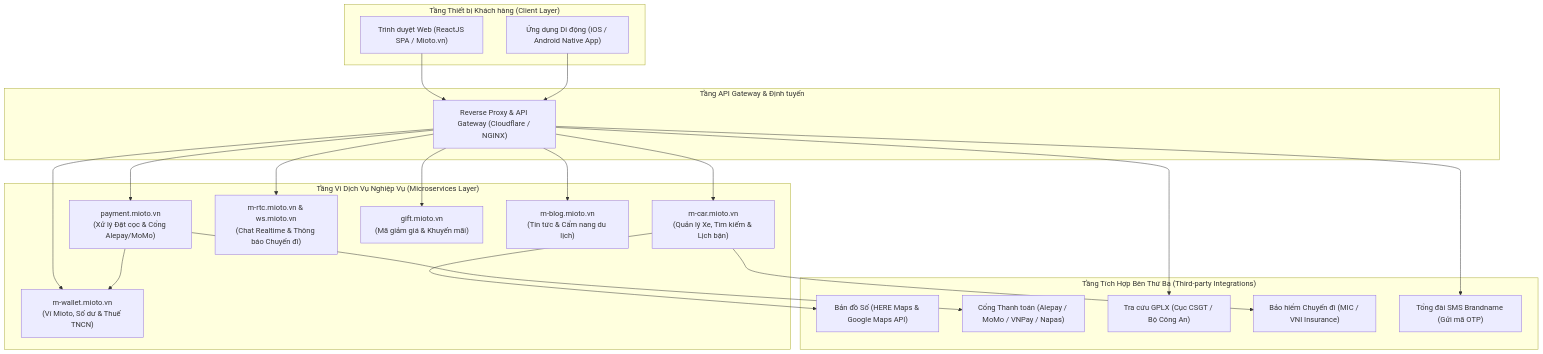
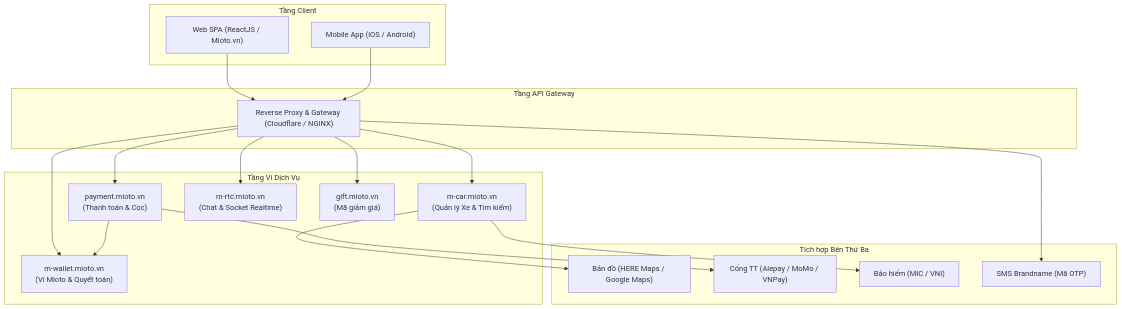
Before and after one commit to PhamQuang138/DGKTPM: the first of 4 diagrams in README.md, drawn with Mermaid. The commit also changed other lines of this file, not shown here.

````diff
--- a/README.md
+++ b/README.md
@@ -168,44 +80,32 @@
 ```mermaid
 graph TD
-    subgraph Clients["Tầng Thiết bị Khách hàng (Client Layer)"]
-        Web["Trình duyệt Web (ReactJS SPA / Mioto.vn)"]
-        MobileApp["Ứng dụng Di động (iOS / Android Native App)"]
+    subgraph Clients["Tầng Client"]
+        Web["Web SPA (ReactJS / Mioto.vn)"]
+        Mobile["Mobile App (iOS / Android)"]
     end
 
-    subgraph Gateway["Tầng API Gateway & Định tuyến"]
-        APIGW["Reverse Proxy & API Gateway (Cloudflare / NGINX)"]
+    subgraph Gateway["Tầng API Gateway"]
+        APIGW["Reverse Proxy & Gateway (Cloudflare / NGINX)"]
     end
 
-    subgraph Microservices["Tầng Vi Dịch Vụ Nghiệp Vụ (Microservices Layer)"]
-        S_Car["m-car.mioto.vn<br/>(Quản lý Xe, Tìm kiếm & Lịch bận)"]
-        S_Wallet["m-wallet.mioto.vn<br/>(Ví Mioto, Số dư & Thuế TNCN)"]
-        S_Payment["payment.mioto.vn<br/>(Xử lý Đặt cọc & Cổng Alepay/MoMo)"]
-        S_RTC["m-rtc.mioto.vn & ws.mioto.vn<br/>(Chat Realtime & Thông báo Chuyến đi)"]
-        S_Gift["gift.mioto.vn<br/>(Mã giảm giá & Khuyến mãi)"]
-        S_Blog["m-blog.mioto.vn<br/>(Tin tức & Cẩm nang du lịch)"]
+    subgraph Services["Tầng Vi Dịch Vụ"]
+        S_Car["m-car.mioto.vn<br/>(Quản lý Xe & Tìm kiếm)"]
+        S_Wallet["m-wallet.mioto.vn<br/>(Ví Mioto & Quyết toán)"]
+        S_Payment["payment.mioto.vn<br/>(Thanh toán & Cọc)"]
+        S_RTC["m-rtc.mioto.vn<br/>(Chat & Socket Realtime)"]
+        S_Gift["gift.mioto.vn<br/>(Mã giảm giá)"]
     end
 
-    subgraph Integrations["Tầng Tích Hợp Bên Thứ Ba (Third-party Integrations)"]
-        Maps["Bản đồ Số (HERE Maps & Google Maps API)"]
-        PayGate["Cổng Thanh toán (Alepay / MoMo / VNPay / Napas)"]
-        GovGPLX["Tra cứu GPLX (Cục CSGT / Bộ Công An)"]
-        Insurance["Bảo hiểm Chuyến đi (MIC / VNI Insurance)"]
-        SMS["Tổng đài SMS Brandname (Gửi mã OTP)"]
+    subgraph ThirdParty["Tích hợp Bên Thứ Ba"]
+        Maps["Bản đồ (HERE Maps / Google Maps)"]
+        PayGate["Cổng TT (Alepay / MoMo / VNPay)"]
+        Insurance["Bảo hiểm (MIC / VNI)"]
+        SMS["SMS Brandname (Mã OTP)"]
     end
 
-    Web --> APIGW
-    MobileApp --> APIGW
-    APIGW --> S_Car
-    APIGW --> S_Wallet
-    APIGW --> S_Payment
-    APIGW --> S_RTC
-    APIGW --> S_Gift
-    APIGW --> S_Blog
-
-    S_Car --> Maps
-    S_Payment --> PayGate
-    S_Car --> Insurance
-    S_Payment --> S_Wallet
-    APIGW --> GovGPLX
+    Web & Mobile --> APIGW
+    APIGW --> S_Car & S_Wallet & S_Payment & S_RTC & S_Gift
+    S_Car --> Maps & Insurance
+    S_Payment --> PayGate & S_Wallet
     APIGW --> SMS
 ```
````
